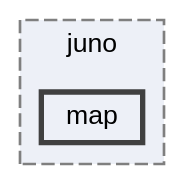
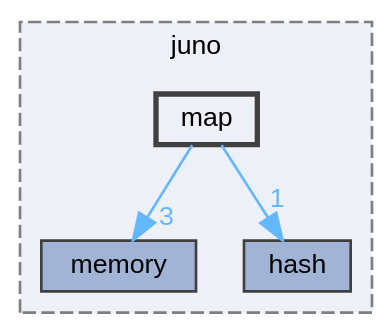
Before and after one commit to robinonsay/libjuno: the diagram in dir_7d134b198f51d759fae4dbc0397c07cc_dep.dot, drawn with Graphviz. The commit also changed 290 other files, not shown here.

```diff
--- a/dir_7d134b198f51d759fae4dbc0397c07cc_dep.dot
+++ b/dir_7d134b198f51d759fae4dbc0397c07cc_dep.dot
@@ -1,12 +1,16 @@
 digraph "/home/runner/work/libjuno/libjuno/include/juno/map"
 {
  // LATEX_PDF_SIZE
   bgcolor="transparent";
   edge [fontname=Helvetica,fontsize=10,labelfontname=Helvetica,labelfontsize=10];
   node [fontname=Helvetica,fontsize=10,shape=box,height=0.2,width=0.4];
   compound=true
   subgraph clusterdir_366da5caa8e7ec3e54d94764b6f022bc {
     graph [ bgcolor="#edf0f7", pencolor="grey50", label="juno", fontname=Helvetica,fontsize=10 style="filled,dashed", URL="dir_366da5caa8e7ec3e54d94764b6f022bc.html",tooltip=""]
+  dir_0ab7105f8cccca84cc3ec63bc4b5970d [label="memory", fillcolor="#a2b4d6", color="grey25", style="filled", URL="dir_0ab7105f8cccca84cc3ec63bc4b5970d.html",tooltip=""];
+  dir_19d249a700c11f44389cb05327db4a5b [label="hash", fillcolor="#a2b4d6", color="grey25", style="filled", URL="dir_19d249a700c11f44389cb05327db4a5b.html",tooltip=""];
   dir_7d134b198f51d759fae4dbc0397c07cc [label="map", fillcolor="#edf0f7", color="grey25", style="filled,bold", URL="dir_7d134b198f51d759fae4dbc0397c07cc.html",tooltip=""];
   }
+  dir_7d134b198f51d759fae4dbc0397c07cc->dir_0ab7105f8cccca84cc3ec63bc4b5970d [headlabel="3", labeldistance=1.5 headhref="dir_000005_000006.html" href="dir_000005_000006.html" color="steelblue1" fontcolor="steelblue1"];
+  dir_7d134b198f51d759fae4dbc0397c07cc->dir_19d249a700c11f44389cb05327db4a5b [headlabel="1", labeldistance=1.5 headhref="dir_000005_000002.html" href="dir_000005_000002.html" color="steelblue1" fontcolor="steelblue1"];
 }
```
